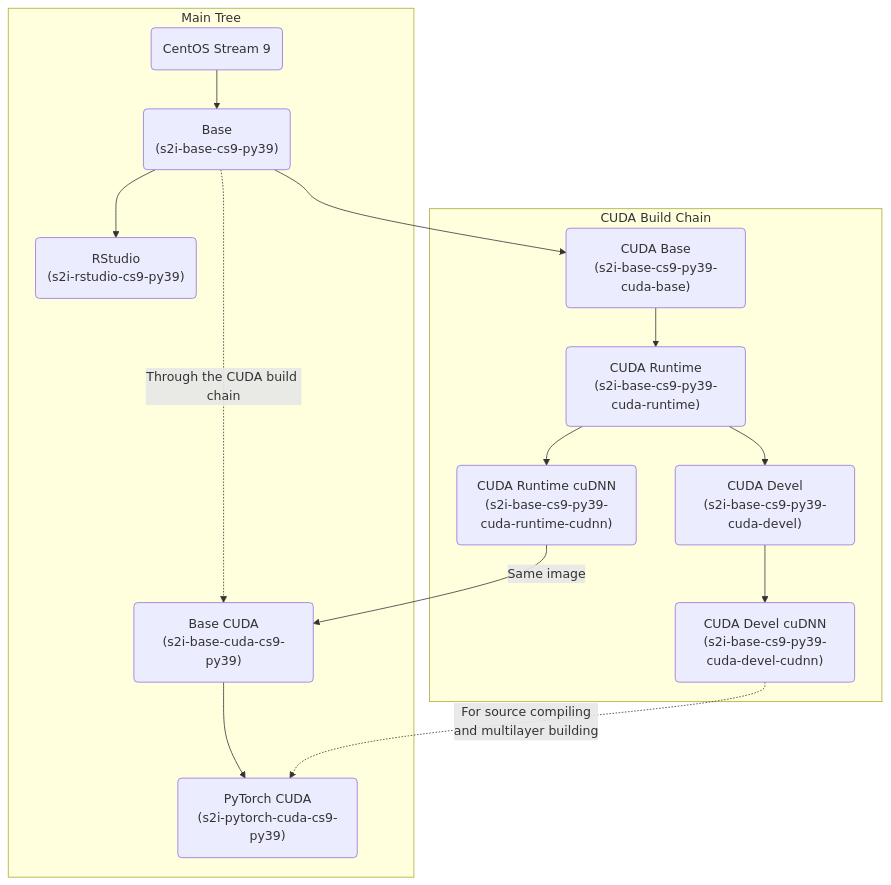
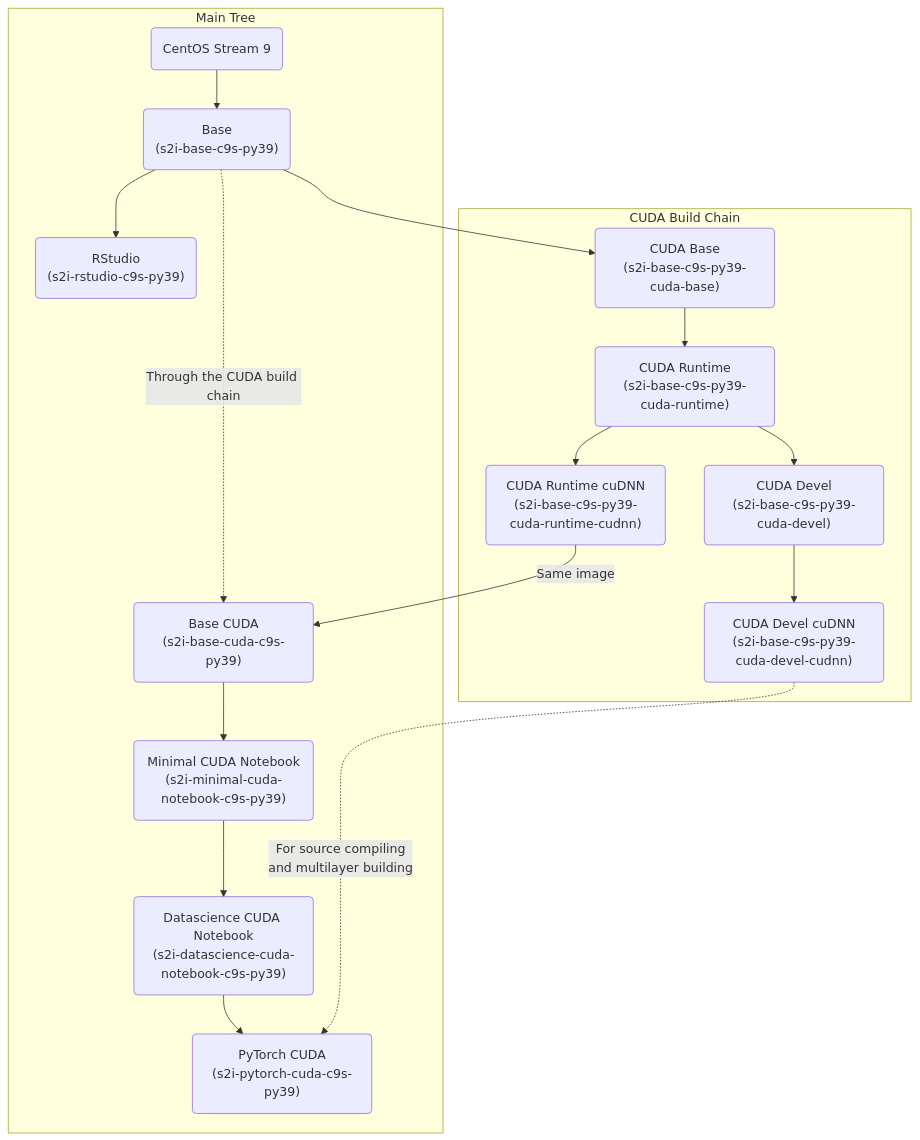
The second of 3 diagrams in notebook-controller-images/README.md (opendatahub-io-contrib/workbench-images), drawn with Mermaid before and after one commit. The commit also changed other lines of this file and 44 other files, not shown here.

````diff
--- a/notebook-controller-images/README.md
+++ b/notebook-controller-images/README.md
@@ -113,34 +117,36 @@
 ```mermaid
 graph TB
     subgraph Main Tree
     %% base
-    cs9(CentOS Stream 9)-->base-cs9py39
-    base-cs9py39("Base<br/>(s2i-base-cs9-py39)")-->rstudio-cs9
+    c9s(CentOS Stream 9)-->base-c9spy39
+    base-c9spy39("Base<br/>(s2i-base-c9s-py39)")-->rstudio-c9s
 
     %% Standard images
-    rstudio-cs9("RStudio<br/>(s2i-rstudio-cs9-py39)")
+    rstudio-c9s("RStudio<br/>(s2i-rstudio-c9s-py39)")
 
     %% CUDA images
-    base-cs9py39-.->|Through the CUDA build chain|base-cuda-cs9py39
-    base-cuda-cs9py39("Base CUDA<br/>(s2i-base-cuda-cs9-py39)")
-    base-cuda-cs9py39-->pytorch-cuda-cs9py39
-    pytorch-cuda-cs9py39("PyTorch CUDA<br/>(s2i-pytorch-cuda-cs9-py39)")
+    base-c9spy39-.->|Through the CUDA build chain|base-cuda-c9spy39
+    base-cuda-c9spy39("Base CUDA<br/>(s2i-base-cuda-c9s-py39)")
+    base-cuda-c9spy39-->minimal-cuda-c9spy39
+    minimal-cuda-c9spy39("Minimal CUDA Notebook<br/>(s2i-minimal-cuda-notebook-c9s-py39)")-->datascience-cuda-c9spy39
+    datascience-cuda-c9spy39("Datascience CUDA Notebook<br/>(s2i-datascience-cuda-notebook-c9s-py39)")-->pytorch-cuda-c9spy39
+    pytorch-cuda-c9spy39("PyTorch CUDA<br/>(s2i-pytorch-cuda-c9s-py39)")
     end
 
     %% Links between the two graphs
-    base-cs9py39-->base-cs9py39-cuda-base
-    base-cs9py39-cuda-runtime-cudnn-->|Same image|base-cuda-cs9py39
+    base-c9spy39-->base-c9spy39-cuda-base
+    base-c9spy39-cuda-runtime-cudnn-->|Same image|base-cuda-c9spy39
 
     %% CUDA build chain
     subgraph CUDA Build Chain
-    base-cs9py39-cuda-base("CUDA Base<br/>(s2i-base-cs9-py39-cuda-base)")-->base-cs9py39-cuda-runtime
-    base-cs9py39-cuda-runtime("CUDA Runtime<br/>(s2i-base-cs9-py39-cuda-runtime)")-->base-cs9py39-cuda-runtime-cudnn
-    base-cs9py39-cuda-runtime-cudnn("CUDA Runtime cuDNN<br/>(s2i-base-cs9-py39-cuda-runtime-cudnn)")
+    base-c9spy39-cuda-base("CUDA Base<br/>(s2i-base-c9s-py39-cuda-base)")-->base-c9spy39-cuda-runtime
+    base-c9spy39-cuda-runtime("CUDA Runtime<br/>(s2i-base-c9s-py39-cuda-runtime)")-->base-c9spy39-cuda-runtime-cudnn
+    base-c9spy39-cuda-runtime-cudnn("CUDA Runtime cuDNN<br/>(s2i-base-c9s-py39-cuda-runtime-cudnn)")
 
     %% CUDA Devel branch
-    base-cs9py39-cuda-runtime-->base-cs9py39-cuda-devel
-    base-cs9py39-cuda-devel("CUDA Devel<br/>(s2i-base-cs9-py39-cuda-devel)")-->base-cs9py39-cuda-devel-cudnn
-    base-cs9py39-cuda-devel-cudnn("CUDA Devel cuDNN<br/>(s2i-base-cs9-py39-cuda-devel-cudnn)")
-    base-cs9py39-cuda-devel-cudnn-.->|For source compiling<br/> and multilayer building|pytorch-cuda-cs9py39
+    base-c9spy39-cuda-runtime-->base-c9spy39-cuda-devel
+    base-c9spy39-cuda-devel("CUDA Devel<br/>(s2i-base-c9s-py39-cuda-devel)")-->base-c9spy39-cuda-devel-cudnn
+    base-c9spy39-cuda-devel-cudnn("CUDA Devel cuDNN<br/>(s2i-base-c9s-py39-cuda-devel-cudnn)")
+    base-c9spy39-cuda-devel-cudnn-.->|For source compiling<br/> and multilayer building|pytorch-cuda-c9spy39
     end
 ```
````
